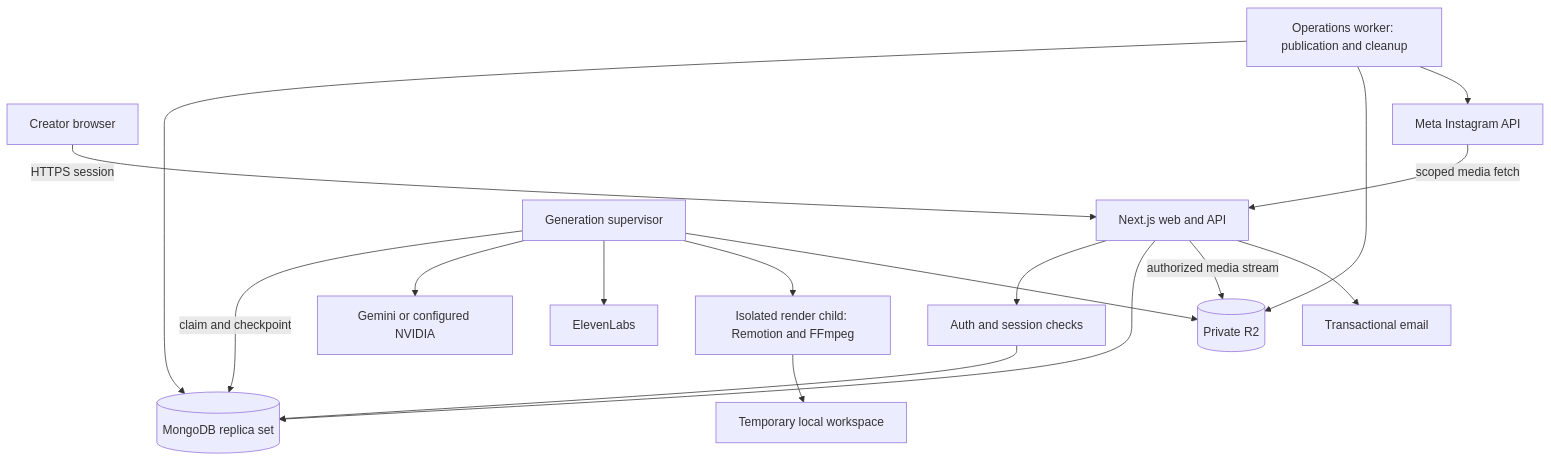
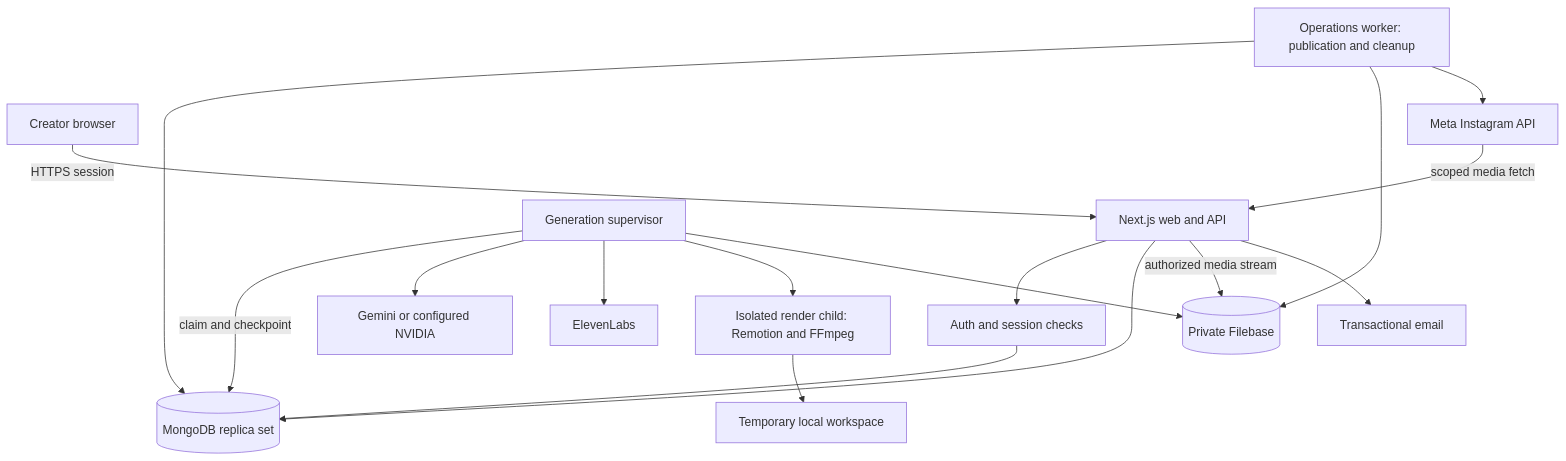
One commit to balajiraparti/ChitraBodh---AI-powered-Video-Generator changed the first of 3 diagrams in docs/ChitraBodh-Dashboard-System-Design.md. Above: the diagram before and after it, drawn with Mermaid. The commit also changed other lines of this file and 9 other files, not shown here.

````diff
--- a/docs/ChitraBodh-Dashboard-System-Design.md
+++ b/docs/ChitraBodh-Dashboard-System-Design.md
@@ -68,19 +68,19 @@
 ```mermaid
 flowchart TB
     B[Creator browser] -->|HTTPS session| W[Next.js web and API]
     W --> A[Auth and session checks]
     A --> DB[(MongoDB replica set)]
     W --> DB
-    W -->|authorized media stream| R2[(Private R2)]
+    W -->|authorized media stream| Filebase[(Private Filebase)]
     G[Generation supervisor] -->|claim and checkpoint| DB
     G --> P[Gemini or configured NVIDIA]
     G --> E[ElevenLabs]
     G --> C[Isolated render child: Remotion and FFmpeg]
     C --> T[Temporary local workspace]
-    G --> R2
+    G --> Filebase
     O[Operations worker: publication and cleanup] --> DB
-    O --> R2
+    O --> Filebase
     O --> M[Meta Instagram API]
     M -->|scoped media fetch| W
     W --> EM[Transactional email]
 ```
````
